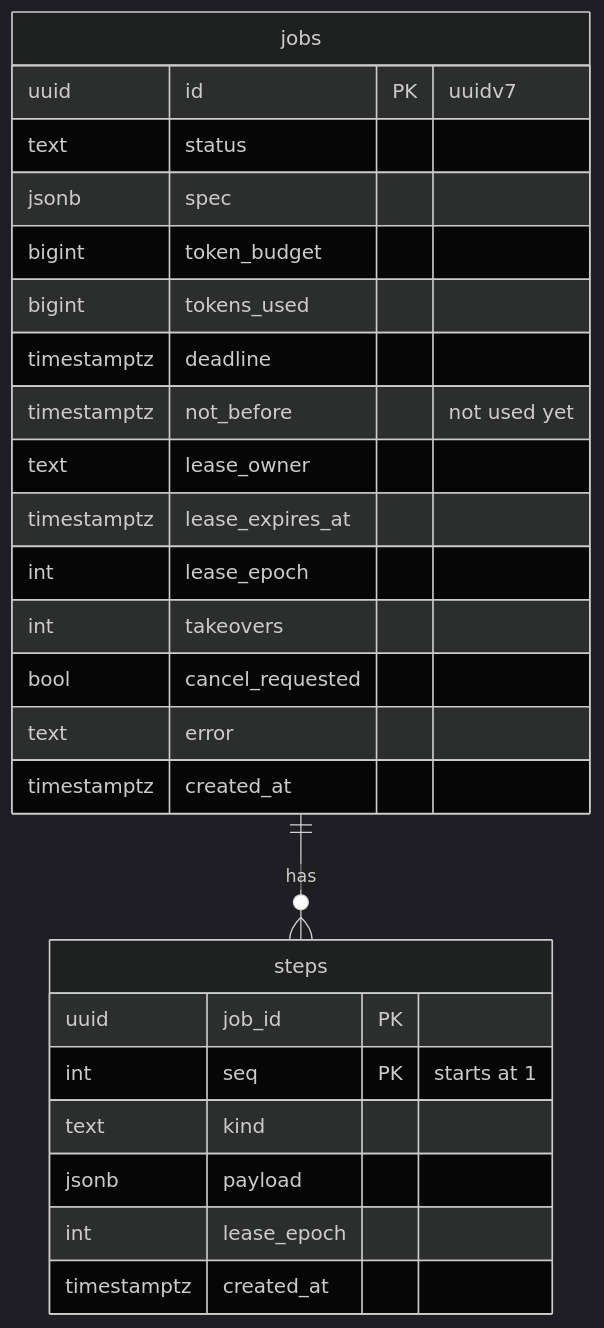
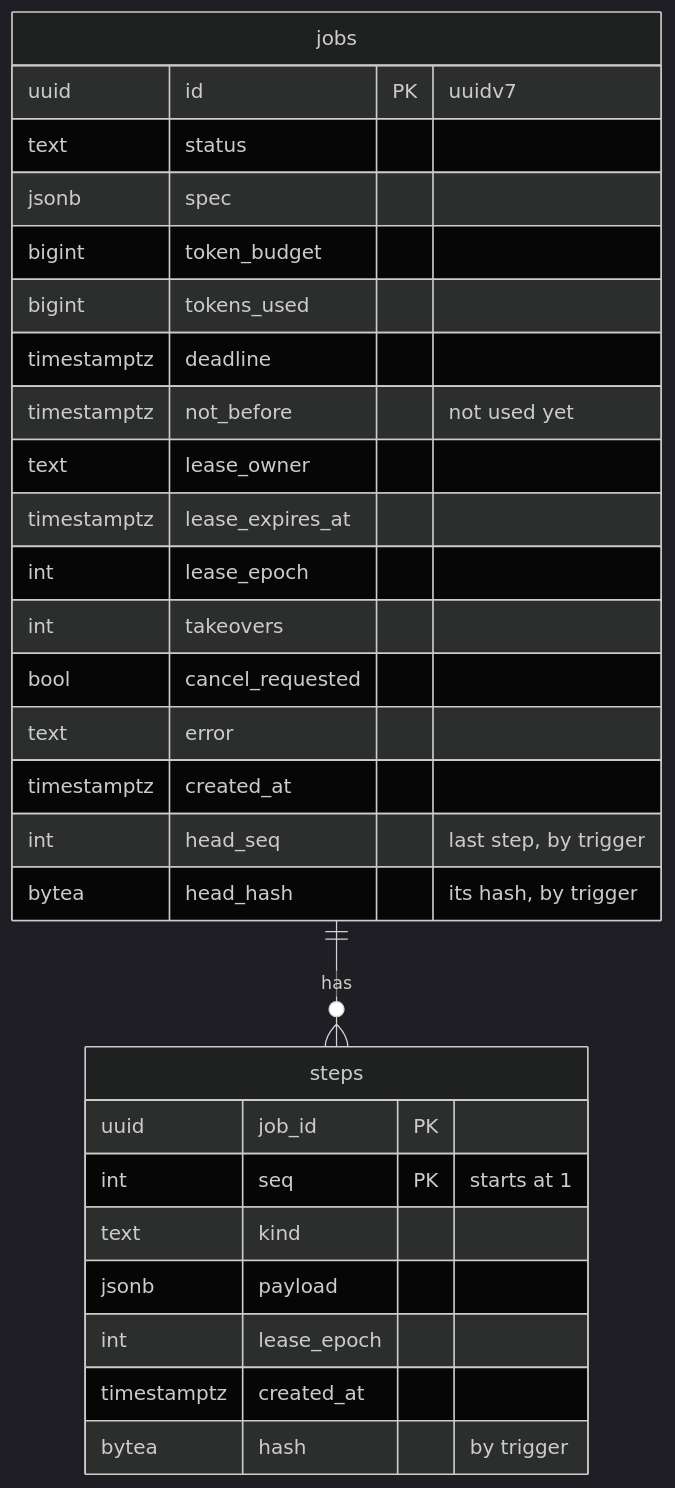
Before and after one commit to sindredg/agent-runtime: the second of 2 diagrams in docs/data-model.md, drawn with Mermaid (dark theme). The commit also changed other lines of this file and 21 other files, not shown here.

First line of the commit message:
feat: chain the step log with a hash and refuse a change to it (#92)

````diff
--- a/docs/data-model.md
+++ b/docs/data-model.md
@@ -51,28 +51,31 @@
 ```mermaid
 erDiagram
     jobs ||--o{ steps : has
     jobs {
         uuid id PK "uuidv7"
         text status
         jsonb spec
         bigint token_budget
         bigint tokens_used
         timestamptz deadline
         timestamptz not_before "not used yet"
         text lease_owner
         timestamptz lease_expires_at
         int lease_epoch
         int takeovers
         bool cancel_requested
         text error
         timestamptz created_at
+        int head_seq "last step, by trigger"
+        bytea head_hash "its hash, by trigger"
     }
     steps {
         uuid job_id PK
         int seq PK "starts at 1"
         text kind
         jsonb payload
         int lease_epoch
         timestamptz created_at
+        bytea hash "by trigger"
     }
 ```
````
